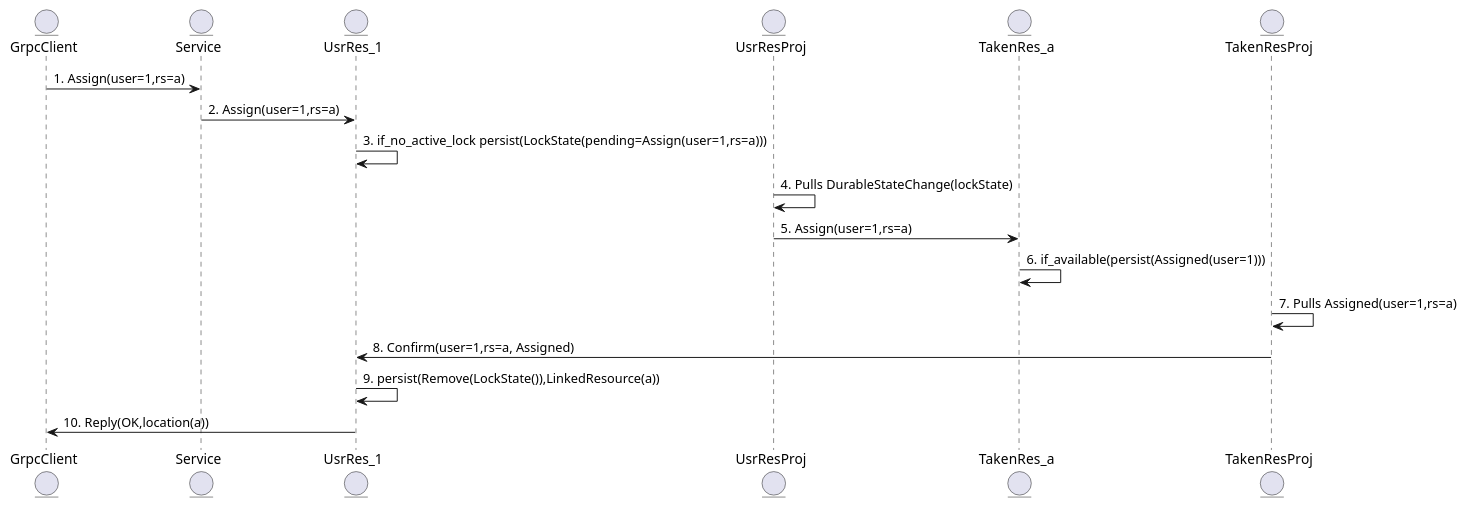
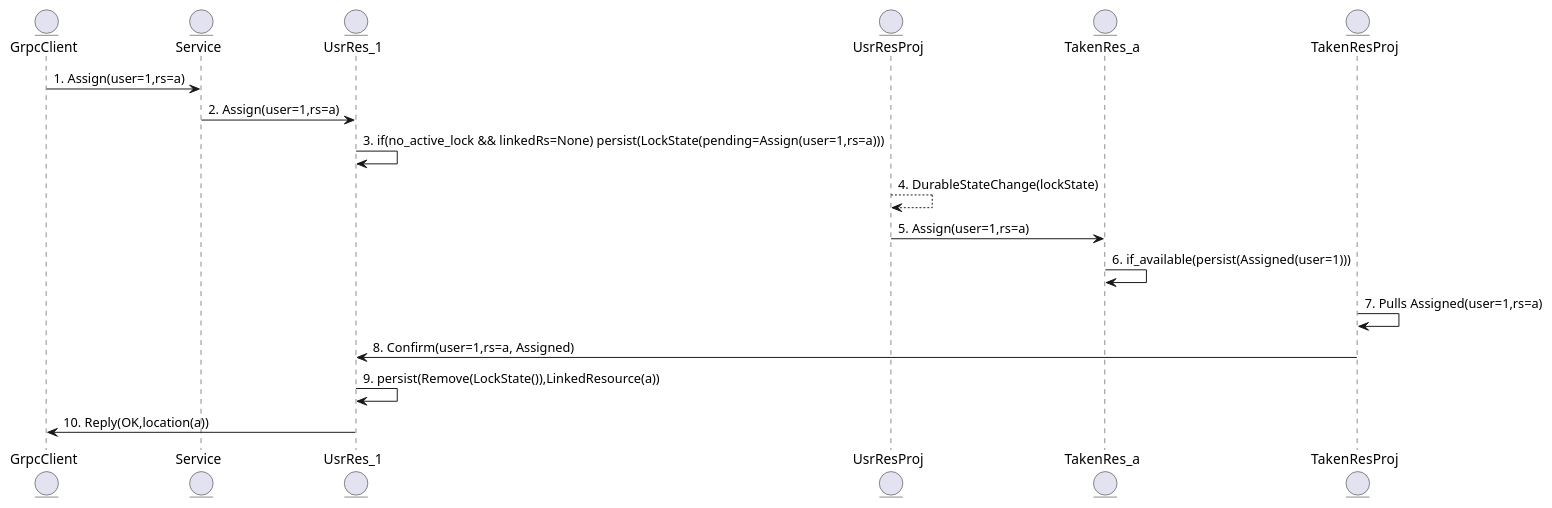
One commit to haghard/unique-resource-management changed the first of 3 diagrams in diagrams.md. Above: the diagram before and after it, drawn with PlantUML. The commit also changed other lines of this file and 1 other file, not shown here.

````diff
--- a/diagrams.md
+++ b/diagrams.md
@@ -8,32 +8,32 @@
 ```plantuml
 @startuml
 
 entity GrpcClient
 
 entity Service
 
 entity UsrRes_1
 
 entity UsrResProj
 
 entity TakenRes_a
 
 entity TakenResProj
 
 GrpcClient -> Service:1. Assign(user=1,rs=a)
 Service -> UsrRes_1:2. Assign(user=1,rs=a)
-UsrRes_1 -> UsrRes_1:3. if_no_active_lock persist(LockState(pending=Assign(user=1,rs=a))) 
+UsrRes_1 -> UsrRes_1:3. if(no_active_lock && linkedRs=None) persist(LockState(pending=Assign(user=1,rs=a))) 
 
-UsrResProj -> UsrResProj:4. Pulls DurableStateChange(lockState) 
+UsrResProj --> UsrResProj:4. DurableStateChange(lockState) 
 UsrResProj -> TakenRes_a:5. Assign(user=1,rs=a) 
 
 TakenRes_a -> TakenRes_a:6. if_available(persist(Assigned(user=1)))  
 
 
 TakenResProj -> TakenResProj:7. Pulls Assigned(user=1,rs=a)
 TakenResProj -> UsrRes_1:8. Confirm(user=1,rs=a, Assigned)
 UsrRes_1 -> UsrRes_1:9. persist(Remove(LockState()),LinkedResource(a))
 UsrRes_1 -> GrpcClient:10. Reply(OK,location(a))  
 
 @enduml
 ```
````
